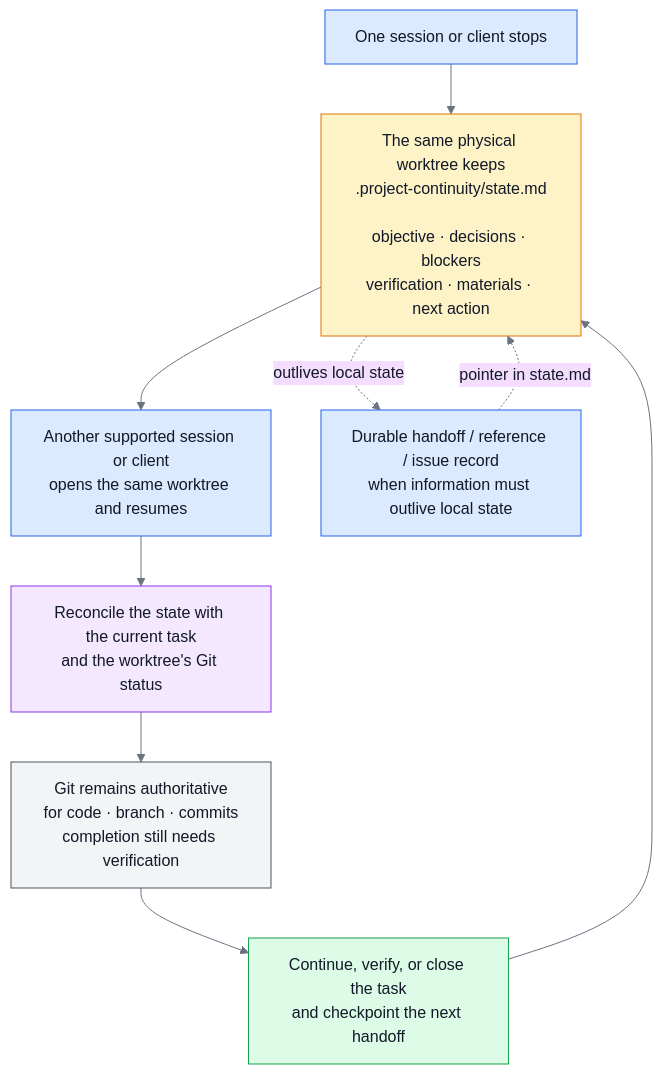
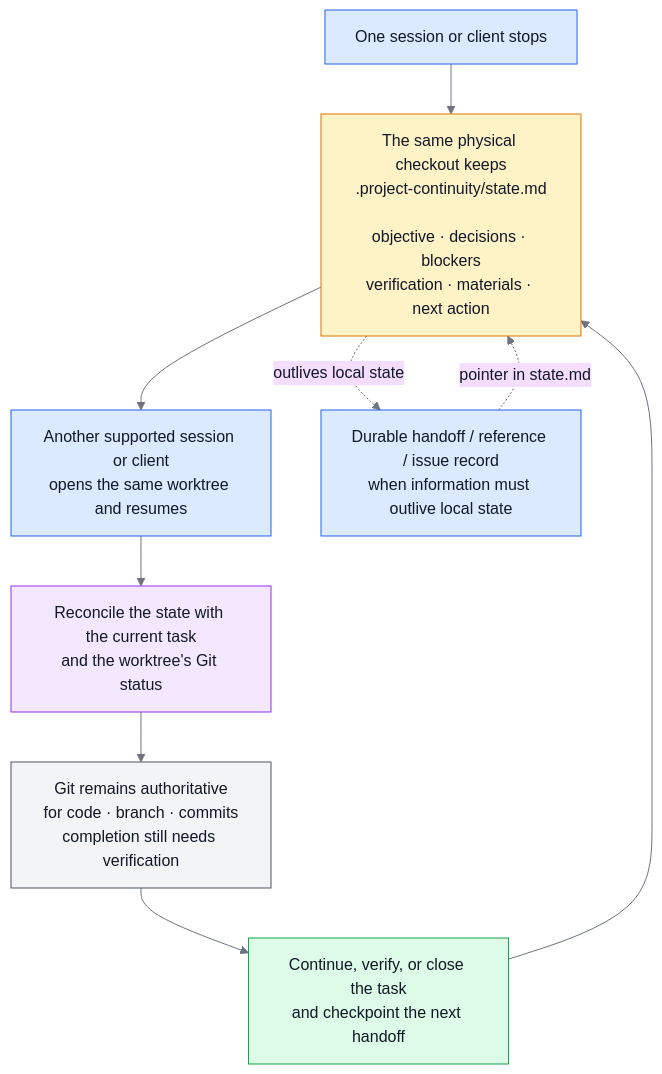
The third of 4 diagrams in README.md (sherrilla71940/personal-agentic-dev-environment), drawn with Mermaid before and after one commit. The commit also changed other lines of this file and 15 other files, not shown here.

````diff
--- a/README.md
+++ b/README.md
@@ -209,28 +216,28 @@
 ```mermaid
 %%{init: {"theme": "base", "themeVariables": {"primaryTextColor": "#111827", "nodeTextColor": "#111827", "textColor": "#111827", "lineColor": "#6b7280"}, "flowchart": {"useMaxWidth": true}}}%%
 flowchart TD
     stop["One session or client stops"]:::handoff
-    persist["The same physical worktree keeps<br/>.project-continuity/state.md<br/><br/>objective · decisions · blockers<br/>verification · materials · next action"]:::state
+    persist["The same physical checkout keeps<br/>.project-continuity/state.md<br/><br/>objective · decisions · blockers<br/>verification · materials · next action"]:::state
     resume["Another supported session or client<br/>opens the same worktree and resumes"]:::handoff
     reconcile["Reconcile the state with the current task<br/>and the worktree's Git status"]:::check
     git["Git remains authoritative<br/>for code · branch · commits<br/>completion still needs verification"]:::authority
     continue["Continue, verify, or close the task<br/>and checkpoint the next handoff"]:::work
     durable["Durable handoff / reference / issue record<br/>when information must outlive local state"]:::handoff
 
     stop --> persist --> resume --> reconcile --> git --> continue --> persist
     persist -. "outlives local state" .-> durable
     durable -. "pointer in state.md" .-> persist
 
     classDef handoff fill:#dbeafe,stroke:#2563eb,color:#111827
     classDef state fill:#fef3c7,stroke:#d97706,color:#111827
     classDef check fill:#f3e8ff,stroke:#9333ea,color:#111827
     classDef authority fill:#f3f4f6,stroke:#4b5563,color:#111827
     classDef work fill:#dcfce7,stroke:#16a34a,color:#111827
     style stop color:#111827
     style persist color:#111827
     style resume color:#111827
     style reconcile color:#111827
     style git color:#111827
     style continue color:#111827
     style durable color:#111827
 ```
````
